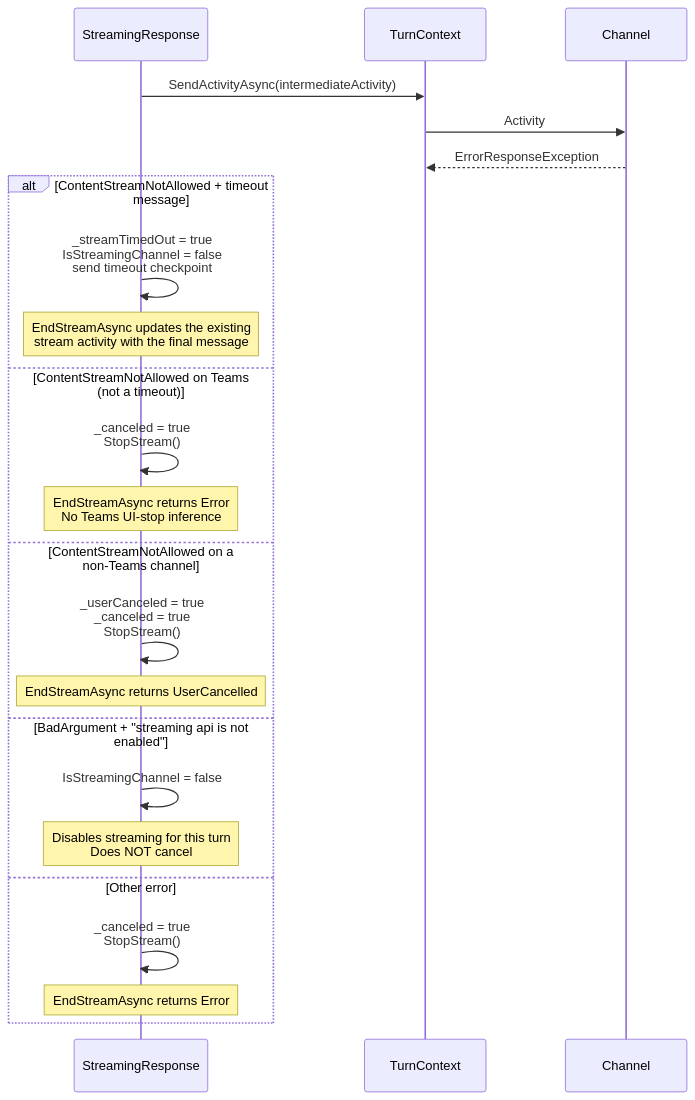
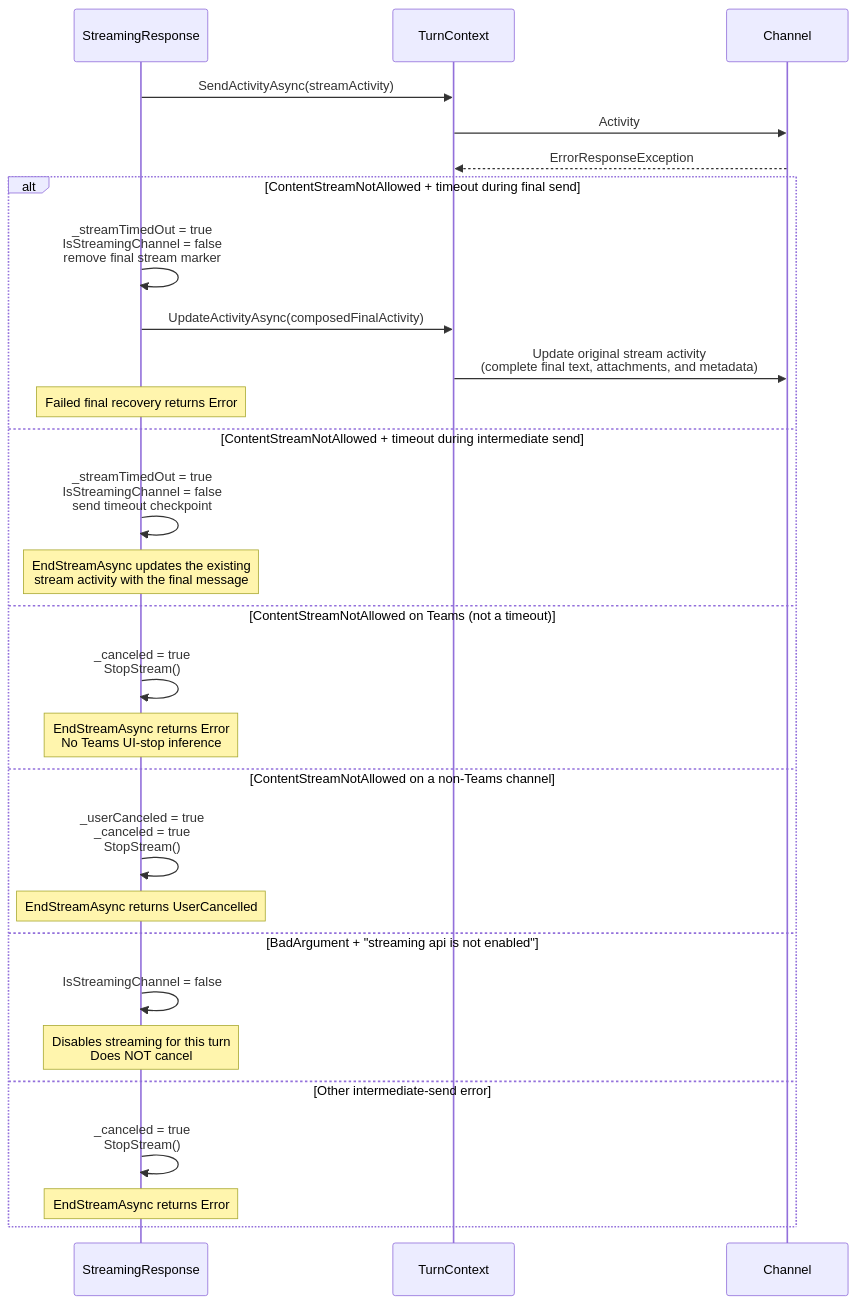
One commit to microsoft/Agents-for-net changed the third of 4 diagrams in docs/streaming-response-sequence-diagram.md. Above: the diagram before and after it, drawn with Mermaid. The commit also changed other lines of this file and 8 other files, not shown here.

````diff
--- a/docs/streaming-response-sequence-diagram.md
+++ b/docs/streaming-response-sequence-diagram.md
@@ -134,27 +134,32 @@
 ```mermaid
 sequenceDiagram
     participant StreamingResponse
     participant TurnContext
     participant Channel
 
-    StreamingResponse->>TurnContext: SendActivityAsync(intermediateActivity)
+    StreamingResponse->>TurnContext: SendActivityAsync(streamActivity)
     TurnContext->>Channel: Activity
     Channel-->>TurnContext: ErrorResponseException
 
-    alt ContentStreamNotAllowed + timeout message
+    alt ContentStreamNotAllowed + timeout during final send
+        StreamingResponse->>StreamingResponse: _streamTimedOut = true<br/>IsStreamingChannel = false<br/>remove final stream marker
+        StreamingResponse->>TurnContext: UpdateActivityAsync(composedFinalActivity)
+        TurnContext->>Channel: Update original stream activity<br/>(complete final text, attachments, and metadata)
+        Note over StreamingResponse: Failed final recovery returns Error
+    else ContentStreamNotAllowed + timeout during intermediate send
         StreamingResponse->>StreamingResponse: _streamTimedOut = true<br/>IsStreamingChannel = false<br/>send timeout checkpoint
         Note over StreamingResponse: EndStreamAsync updates the existing<br/>stream activity with the final message
     else ContentStreamNotAllowed on Teams (not a timeout)
         StreamingResponse->>StreamingResponse: _canceled = true<br/>StopStream()
         Note over StreamingResponse: EndStreamAsync returns Error<br/>No Teams UI-stop inference
     else ContentStreamNotAllowed on a non-Teams channel
         StreamingResponse->>StreamingResponse: _userCanceled = true<br/>_canceled = true<br/>StopStream()
         Note over StreamingResponse: EndStreamAsync returns UserCancelled
     else BadArgument + "streaming api is not enabled"
         StreamingResponse->>StreamingResponse: IsStreamingChannel = false
         Note over StreamingResponse: Disables streaming for this turn<br/>Does NOT cancel
-    else Other error
+    else Other intermediate-send error
         StreamingResponse->>StreamingResponse: _canceled = true<br/>StopStream()
         Note over StreamingResponse: EndStreamAsync returns Error
     end
 ```
````
